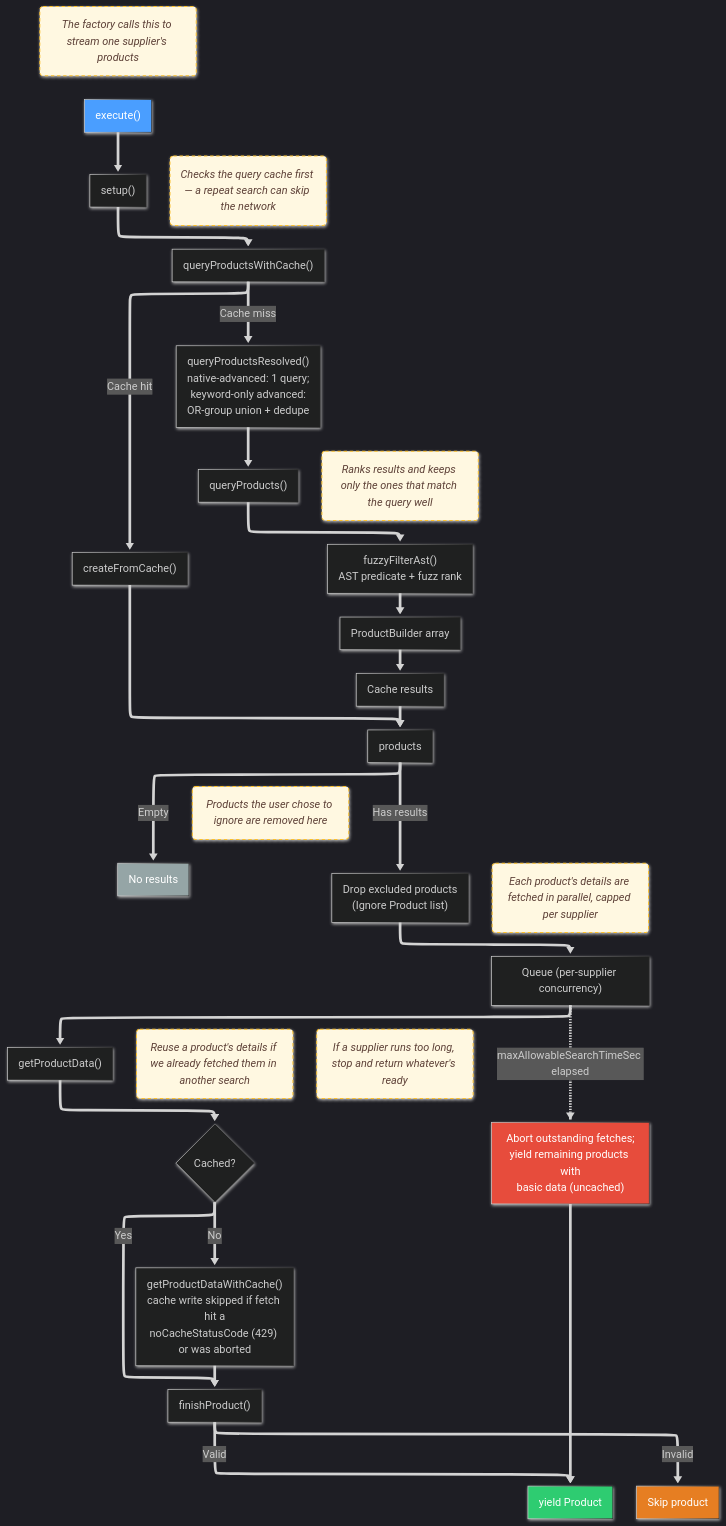
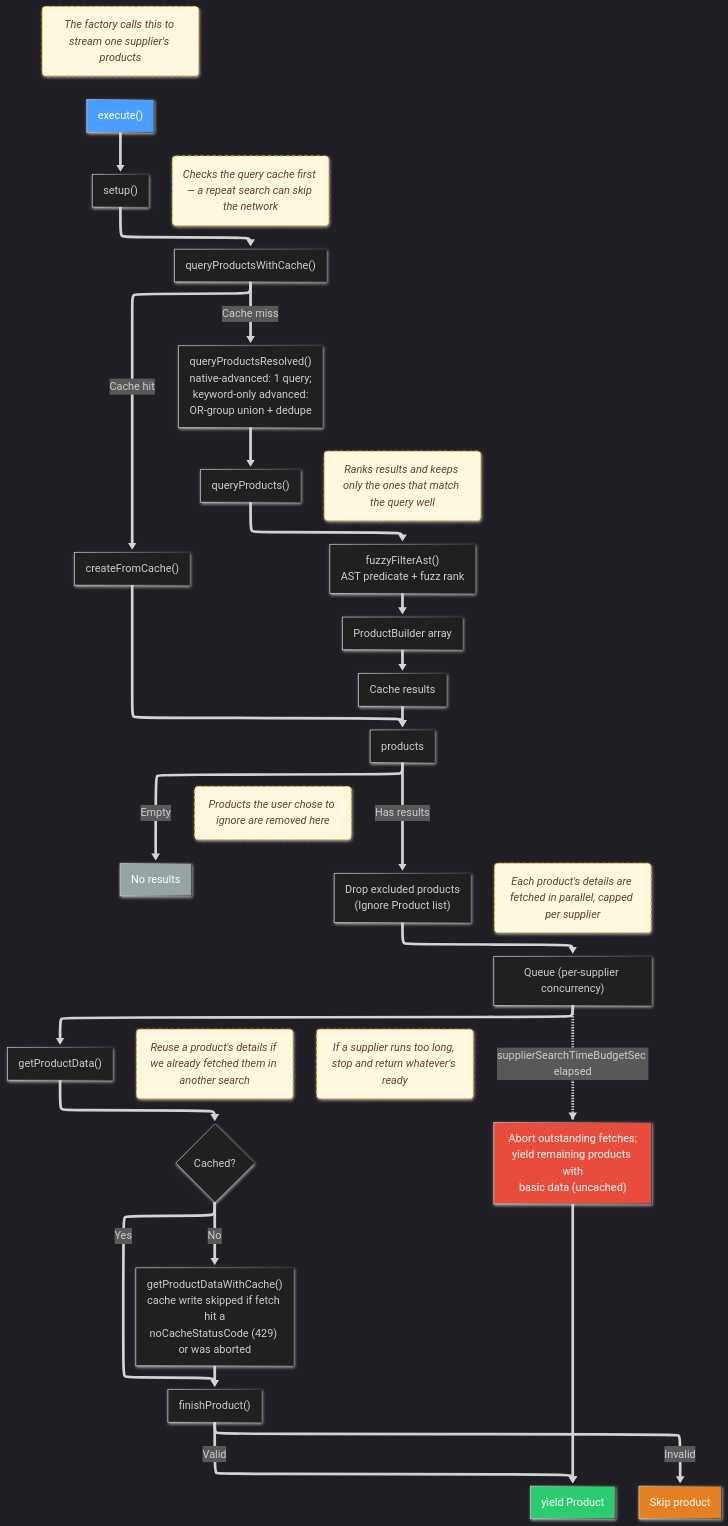
One commit to jhyland87/chem-pal changed the first of 5 diagrams in pages/diagrams/supplier-lifecycle.md. Above: the diagram before and after it, drawn with Mermaid. The commit also changed 63 other files, not shown here.

````diff
--- a/pages/diagrams/supplier-lifecycle.md
+++ b/pages/diagrams/supplier-lifecycle.md
@@ -9,66 +9,66 @@
 ```mermaid
 ---
 config:
   layout: elk
   htmlLabels: true
   markdownAutoWrap: true
   look: neo
   theme: dark
   elk:
     mergeEdges: true
     nodePlacementStrategy: BRANDES_KOEPF
   flowchart:
     curve: basis
 ---
 flowchart TD
     linkStyle default stroke-width:4px;
 
     A["execute()"] --> B["setup()"]
     B --> C["queryProductsWithCache()"]
     C -->|Cache hit| D["createFromCache()"]
     C -->|Cache miss| R["queryProductsResolved()\nnative-advanced: 1 query;\nkeyword-only advanced:\nOR-group union + dedupe"]
     R --> E["queryProducts()"]
     E --> F["fuzzyFilterAst()\nAST predicate + fuzz rank"]
     F --> G["ProductBuilder array"]
     G --> H["Cache results"]
     H --> I["products"]
     D --> I
     I -->|Empty| J["No results"]
     I -->|Has results| X["Drop excluded products\n(Ignore Product list)"]
     X --> K["Queue (per-supplier concurrency)"]
     K --> L["getProductData()"]
     L --> M{"Cached?"}
     M -->|Yes| O["finishProduct()"]
     M -->|No| N["getProductDataWithCache()\ncache write skipped if fetch hit a\nnoCacheStatusCode (429) or was aborted"]
     N --> O
     O -->|Valid| P["yield Product"]
     O -->|Invalid| Q["Skip product"]
-    K -.->|"maxAllowableSearchTimeSec elapsed"| TO["Abort outstanding fetches;\nyield remaining products with\nbasic data (uncached)"]
+    K -.->|"supplierSearchTimeBudgetSec elapsed"| TO["Abort outstanding fetches;\nyield remaining products with\nbasic data (uncached)"]
     TO --> P
 
     style A fill:#4a9eff,color:#fff
     style P fill:#2ecc71,color:#fff
     style J fill:#95a5a6,color:#fff
     style Q fill:#e67e22,color:#fff
     style TO fill:#e74c3c,color:#fff
 
     %% ── Descriptor notes: plain-English descriptions pinned next to key nodes ──
     classDef descriptor fill:#FFF8E1,stroke:#FBC02D,stroke-width:1.5px,color:#5D4037,stroke-dasharray:5 4,font-style:italic
     D_A("The factory calls this to stream one supplier's products")
     D_C("Checks the query cache first — a repeat search can skip the network")
     D_F("Ranks results and keeps only the ones that match the query well")
     D_X("Products the user chose to ignore are removed here")
     D_K("Each product's details are fetched in parallel, capped per supplier")
     D_M("Reuse a product's details if we already fetched them in another search")
     D_TO("If a supplier runs too long, stop and return whatever's ready")
     D_A ~~~ A
     D_C ~~~ C
     D_F ~~~ F
     D_X ~~~ X
     D_K ~~~ K
     D_M ~~~ M
     D_TO ~~~ TO
     class D_A,D_C,D_F,D_X,D_K,D_M,D_TO descriptor
     %% Hide the connector lines for the descriptor notes (the last 7 links).
     linkStyle 22,23,24,25,26,27,28 stroke-width:0px,stroke:transparent
 ```
````
